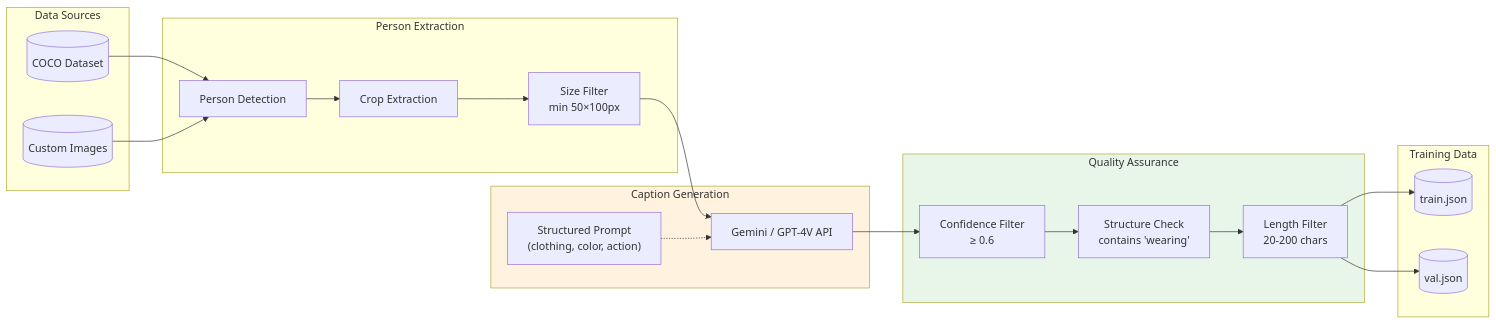
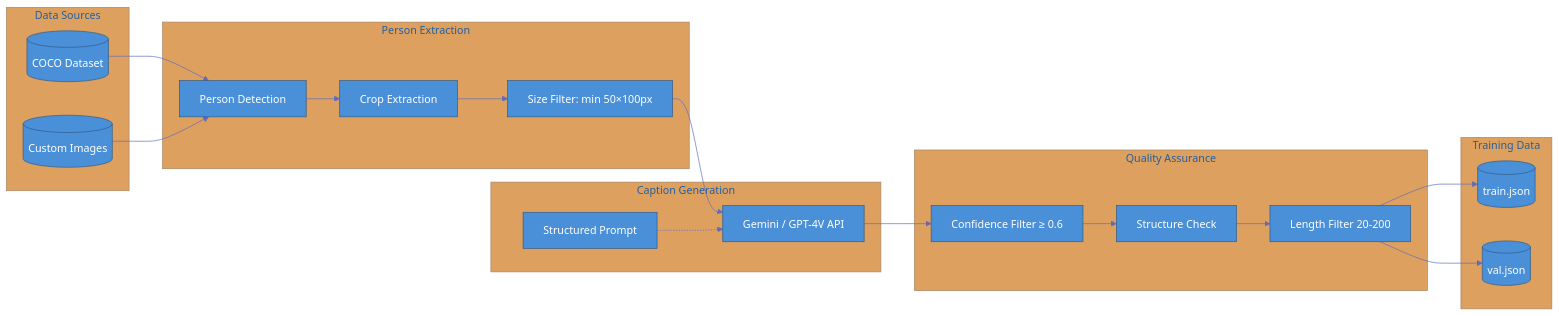
One commit to rishi02102017/Metafusion-Task changed the fourth of 11 diagrams in README.md. Above: the diagram before and after it, drawn with Mermaid. The commit also changed other lines of this file, not shown here.

Commit message:
Fix Mermaid diagram visibility - remove problematic fill colors and add base theme

````diff
--- a/README.md
+++ b/README.md
@@ -220,38 +214,36 @@
 ```mermaid
+%%{init: {'theme': 'base', 'themeVariables': { 'primaryColor': '#4a90d9', 'primaryTextColor': '#fff', 'primaryBorderColor': '#2d5986', 'lineColor': '#5c6bc0'}}}%%
 flowchart LR
     subgraph Sources["Data Sources"]
         COCO[(COCO Dataset)]
         CUSTOM[(Custom Images)]
     end
 
     subgraph Extraction["Person Extraction"]
         DET[Person Detection]
         CROP[Crop Extraction]
-        FILTER1[Size Filter<br/>min 50×100px]
+        FILTER1["Size Filter: min 50×100px"]
     end
 
     subgraph Generation["Caption Generation"]
         API[Gemini / GPT-4V API]
-        PROMPT["Structured Prompt<br/>(clothing, color, action)"]
+        PROMPT["Structured Prompt"]
     end
 
     subgraph QA["Quality Assurance"]
-        CONF[Confidence Filter<br/>≥ 0.6]
-        STRUCT[Structure Check<br/>contains 'wearing']
-        LEN[Length Filter<br/>20-200 chars]
+        CONF["Confidence Filter ≥ 0.6"]
+        STRUCT["Structure Check"]
+        LEN["Length Filter 20-200"]
     end
 
     subgraph Output["Training Data"]
         TRAIN[(train.json)]
         VAL[(val.json)]
     end
 
     COCO & CUSTOM --> DET --> CROP --> FILTER1
     FILTER1 --> API
     PROMPT -.-> API
     API --> CONF --> STRUCT --> LEN
     LEN --> TRAIN & VAL
-
-    style Generation fill:#fff3e0
-    style QA fill:#e8f5e9
 ```
````
